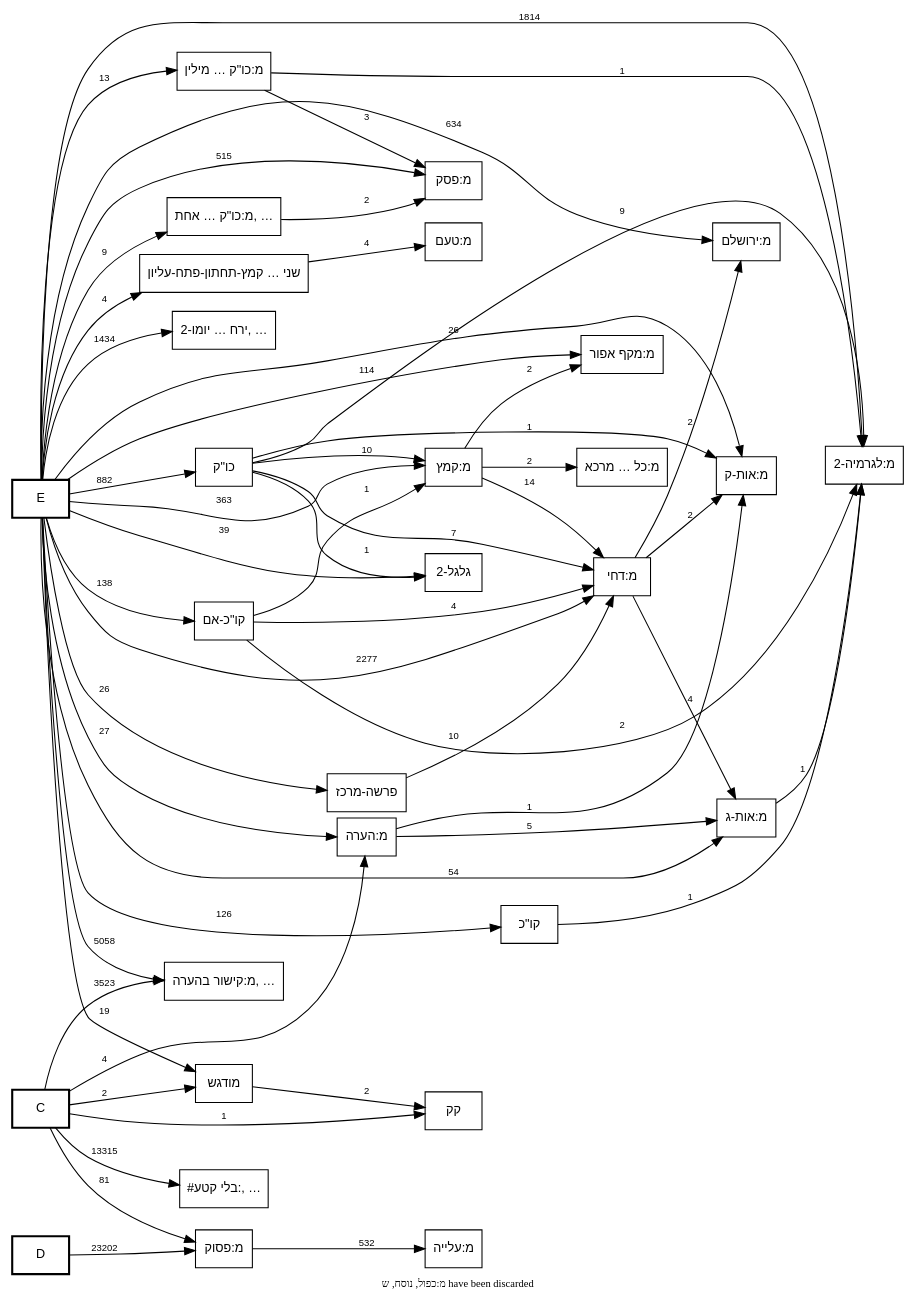
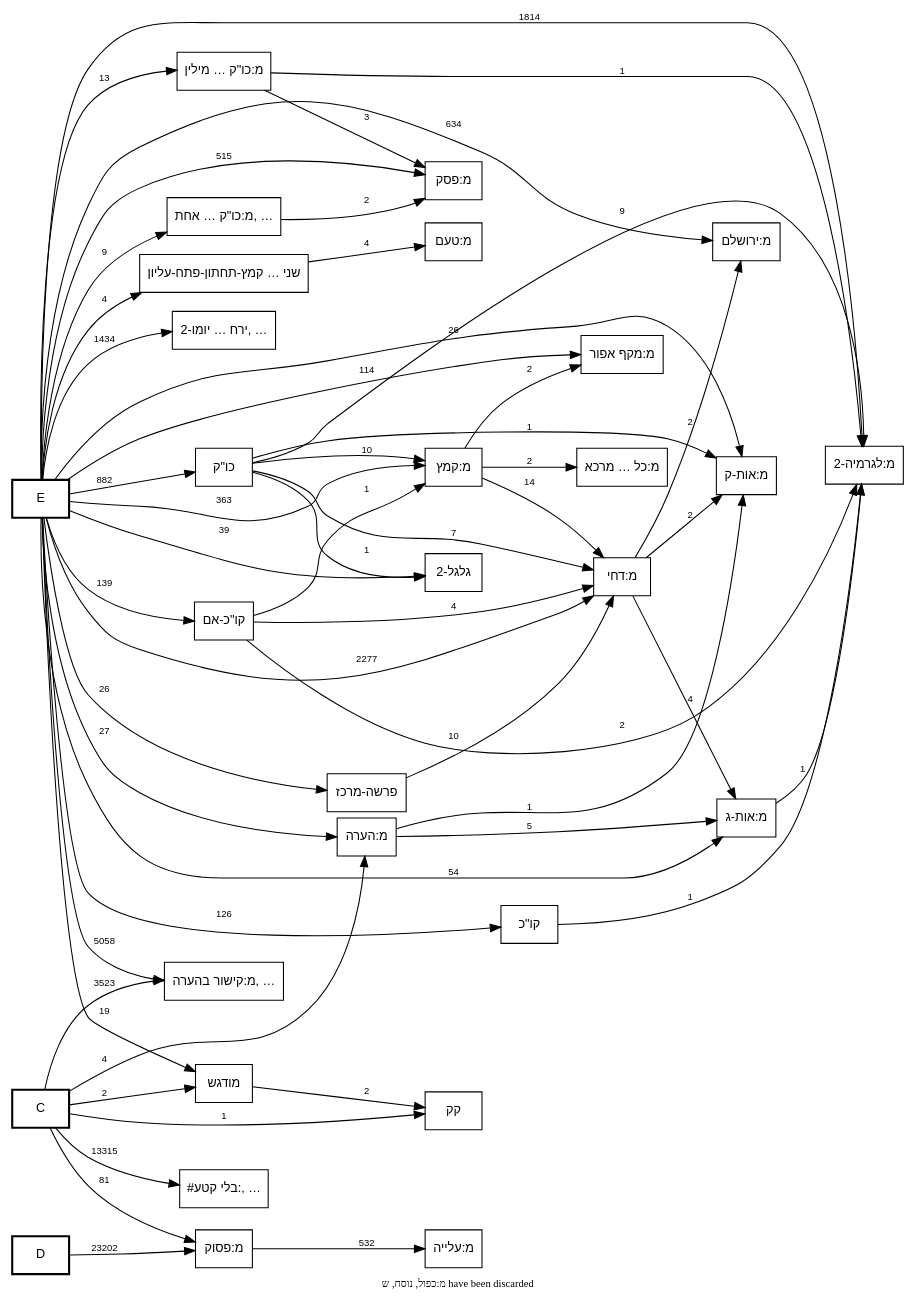
The diagram in out/MAM-tmpl-survey/plain-call-graph.dot (bdenckla/MAM-basics), drawn with Graphviz before and after one commit. The commit also changed 7 other files, not shown here.

```diff
--- a/out/MAM-tmpl-survey/plain-call-graph.dot
+++ b/out/MAM-tmpl-survey/plain-call-graph.dot
@@ -1,165 +1,165 @@
 digraph template_call_graph {
     rankdir=LR;
     node [fontname="SBL Hebrew,Helvetica", fontsize=12];
     edge [fontname="Helvetica", fontsize=9];
 
     // Column nodes
     node [shape=box, style=bold];
     "C";
     "D";
     "E";
 
     // Template nodes
     node [shape=box, style=""];
     "#בלי קטע:" [label="#בלי קטע:, …", tooltip="#בלי קטע:
 #בלי קטע:דברי הימים א טז/טעמים
 #בלי קטע:דברים לב/טעמים
 #בלי קטע:יהושע יב/טעמים
 #בלי קטע:מלכי כנען/צורת השיר
 #בלי קטע:עשרת בני המן/צורת השיר
 #בלי קטע:שופטים ה/טעמים
 #בלי קטע:שירת אסף/צורת השיר
 #בלי קטע:שירת דבורה/צורת השיר
 #בלי קטע:שירת דוד/צורת השיר
 #בלי קטע:שירת האזינו/צורת השיר
 #בלי קטע:שירת הים/צורת השיר
 #בלי קטע:שירת העתים/צורת השיר
 #בלי קטע:שמואל ב כב/טעמים
 #בלי קטע:שמות טו/טעמים
 #קטע:אסתר ט/טעמים
 #קטע:דברי הימים א טז/טעמים
 #קטע:דברים לב/טעמים
 #קטע:יהושע יב/טעמים
 #קטע:מלכי כנען/צורות נוספות
 #קטע:מלכי כנען/צורת השיר
 #קטע:עשרת בני המן/צורות נוספות
 #קטע:עשרת בני המן/צורת השיר
 #קטע:עשרת הדברות בסיס/טעמים
 #קטע:עשרת הדברות/טעמים
 #קטע:קהלת ג/טעמים
 #קטע:שירת אסף/צורות נוספות
 #קטע:שירת אסף/צורת השיר
 #קטע:שירת דבורה/צורות נוספות
 #קטע:שירת דבורה/צורת השיר
 #קטע:שירת דוד/צורות נוספות
 #קטע:שירת דוד/צורת השיר
 #קטע:שירת האזינו/צורות נוספות
 #קטע:שירת האזינו/צורת השיר
 #קטע:שירת הים/צורות נוספות
 #קטע:שירת הים/צורת השיר
 #קטע:שירת העתים/צורות נוספות
 #קטע:שירת העתים/צורת השיר
 #קטע:שמות טו/טעמים
 בסיס-משתמש
 טעמי המקרא באינטרנט
 מ:אין פרשה בתחילת פרק
 מ:אין פרשה בתחילת פרק בספרי אמ\"ת
 מ:אין רווח של פרשה בתחילת פרשת השבוע
 מ:טעמי המקרא
 מ:טעמי המקרא-סוף
 מ:יישור-בשני-הצדדים
 מ:יישור-בשני-הצדדים-סוף
 מ:סיום בטוב
 מ:ספר חדש
 מ:רווח בתרי עשר
 מ:רווח בתרי עשר בפסוק הראשון
 מ:רווח לספר בתהלים
 מ:רווח לספר בתהלים בפסוק הראשון
 מ:שוליים
 מ:שוליים-סוף
 ניווט טעמים
 עוגן בשורה
 צורות כתיבה בספרי אמ\"ת
 ר4"];
     "ירח בן יומו-2" [label="ירח … יומו-2, …", tooltip="ירח בן יומו-2
 כתיב ולא קרי
 מ:אות מנוקדת
 מ:אות תלויה
 מ:גרש ותלישא גדולה
 מ:גרשיים ותלישא גדולה
 מ:טעם ומתג באות אחת
 מ:ירושלמה
 מ:כו\"ק בין שני מקפים
 מ:כו\"ק כתיב מילה חדה וקרי תרתין מילין בין שני מקפים
 מ:כו\"ק כתיב תרתין מילין וקרי מילה חדה
 מ:כו\"ק קרי שונה מהכתיב בשתי מילים
 מ:כו\"ק של שלוש מילים בהערה אחת
 מ:נו\"ן הפוכה
 מ:צינור
 מ:קו\"כ קרי שונה מהכתיב בשתי מילים
 מ:קישור פנימי בהערה
 קרי ולא כתיב
 ר0
 ר2
 ר3
 רווח בסוף שורה"];
     "מ:כו\"ק כתיב מילה חדה וקרי תרתין מילין" [label="מ:כו\"ק … מילין", tooltip="מ:כו\"ק כתיב מילה חדה וקרי תרתין מילין"];
     "מ:כו\"ק של שתי מילים בהערה אחת" [label="מ:כו\"ק … אחת, …", tooltip="מ:כו\"ק של שתי מילים בהערה אחת
 מ:קו\"כ כתיב מילה חדה וקרי תרתין מילין"];
     "מ:כל קמץ קטן מרכא" [label="מ:כל … מרכא", tooltip="מ:כל קמץ קטן מרכא"];
     "מ:קישור בהערה" [label="מ:קישור בהערה, …", tooltip="מ:קישור בהערה
 מ:ששש
 סס
 ססס
 פפ
 פפפ
 ר1"];
     "שני טעמים באות אחת קמץ-תחתון-פתח-עליון" [label="שני … קמץ-תחתון-פתח-עליון", tooltip="שני טעמים באות אחת קמץ-תחתון-פתח-עליון"];
 
     // Note
     graph [label="מ:כפול, נוסח, ש have been discarded", labelloc=b, fontsize=10];
 
     // Edges
     "C" -> "#בלי קטע:" [label="13315"];
     "C" -> "מ:הערה" [label="4"];
     "C" -> "מ:פסוק" [label="81"];
     "C" -> "מ:קישור בהערה" [label="3523"];
     "C" -> "מודגש" [label="2"];
     "C" -> "קק" [label="1"];
     "D" -> "מ:פסוק" [label="23202"];
     "E" -> "גלגל-2" [label="39"];
     "E" -> "ירח בן יומו-2" [label="1434"];
     "E" -> "כו\"ק" [label="882"];
     "E" -> "מ:אות-ג" [label="54"];
     "E" -> "מ:אות-ק" [label="26"];
     "E" -> "מ:דחי" [label="2277"];
     "E" -> "מ:הערה" [label="27"];
     "E" -> "מ:ירושלם" [label="634"];
     "E" -> "מ:כו\"ק כתיב מילה חדה וקרי תרתין מילין" [label="13"];
     "E" -> "מ:כו\"ק של שתי מילים בהערה אחת" [label="9"];
     "E" -> "מ:לגרמיה-2" [label="1814"];
     "E" -> "מ:מקף אפור" [label="114"];
     "E" -> "מ:פסק" [label="515"];
     "E" -> "מ:קישור בהערה" [label="5058"];
     "E" -> "מ:קמץ" [label="363"];
     "E" -> "מודגש" [label="19"];
     "E" -> "פרשה-מרכז" [label="26"];
     "E" -> "קו\"כ" [label="126"];
-    "E" -> "קו\"כ-אם" [label="138"];
+    "E" -> "קו\"כ-אם" [label="139"];
     "E" -> "שני טעמים באות אחת קמץ-תחתון-פתח-עליון" [label="4"];
     "כו\"ק" -> "גלגל-2" [label="1"];
     "כו\"ק" -> "מ:אות-ק" [label="1"];
     "כו\"ק" -> "מ:דחי" [label="7"];
     "כו\"ק" -> "מ:לגרמיה-2" [label="9"];
     "כו\"ק" -> "מ:קמץ" [label="10"];
     "מ:אות-ג" -> "מ:לגרמיה-2" [label="1"];
     "מ:דחי" -> "מ:אות-ג" [label="4"];
     "מ:דחי" -> "מ:אות-ק" [label="2"];
     "מ:דחי" -> "מ:ירושלם" [label="2"];
     "מ:הערה" -> "מ:אות-ג" [label="5"];
     "מ:הערה" -> "מ:אות-ק" [label="1"];
     "מ:כו\"ק כתיב מילה חדה וקרי תרתין מילין" -> "מ:לגרמיה-2" [label="1"];
     "מ:כו\"ק כתיב מילה חדה וקרי תרתין מילין" -> "מ:פסק" [label="3"];
     "מ:כו\"ק של שתי מילים בהערה אחת" -> "מ:פסק" [label="2"];
     "מ:פסוק" -> "מ:עלייה" [label="532"];
     "מ:קמץ" -> "מ:דחי" [label="14"];
     "מ:קמץ" -> "מ:כל קמץ קטן מרכא" [label="2"];
     "מ:קמץ" -> "מ:מקף אפור" [label="2"];
     "מודגש" -> "קק" [label="2"];
     "פרשה-מרכז" -> "מ:דחי" [label="10"];
     "קו\"כ" -> "מ:לגרמיה-2" [label="1"];
     "קו\"כ-אם" -> "מ:דחי" [label="4"];
     "קו\"כ-אם" -> "מ:לגרמיה-2" [label="2"];
     "קו\"כ-אם" -> "מ:קמץ" [label="1"];
     "שני טעמים באות אחת קמץ-תחתון-פתח-עליון" -> "מ:טעם" [label="4"];
 }
```
